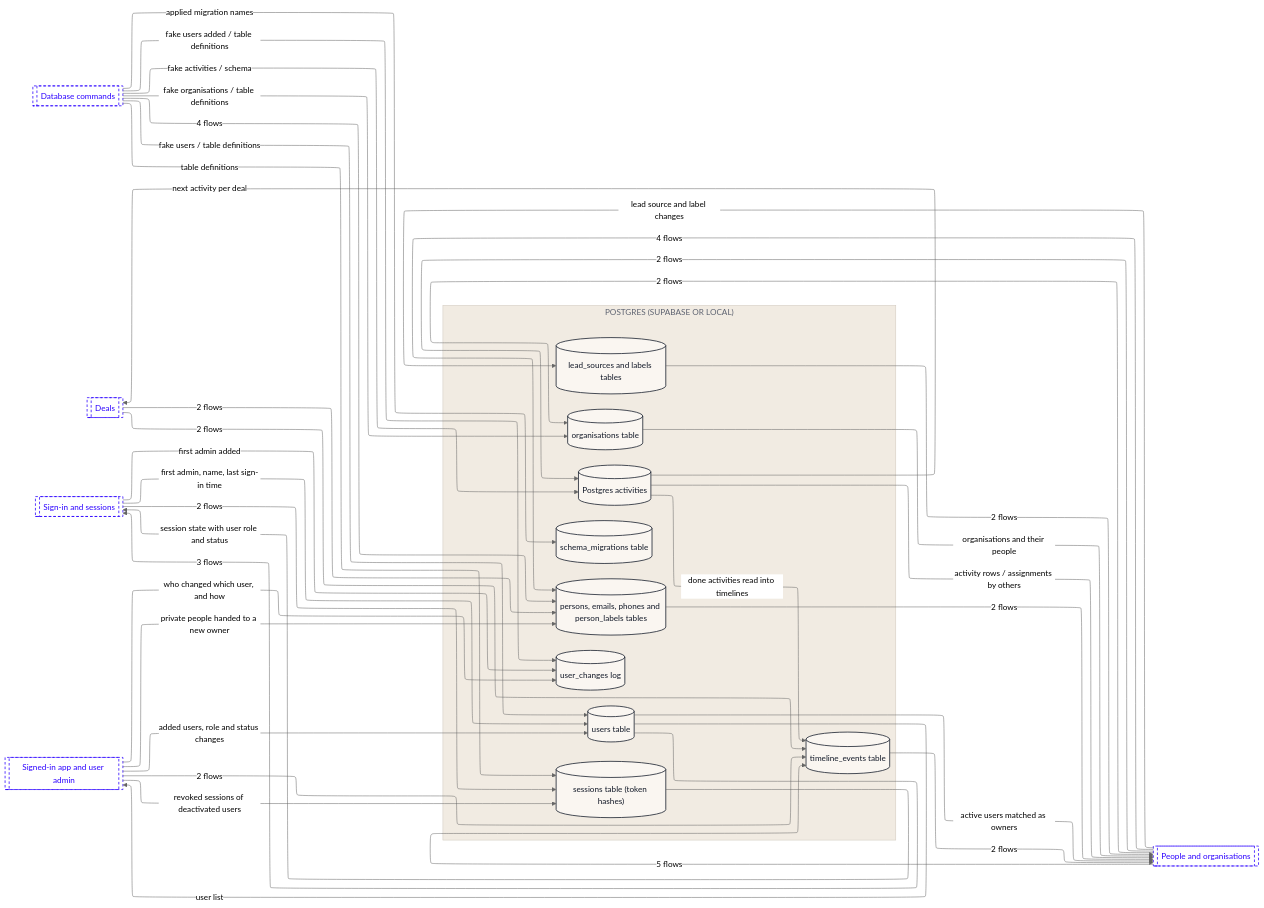
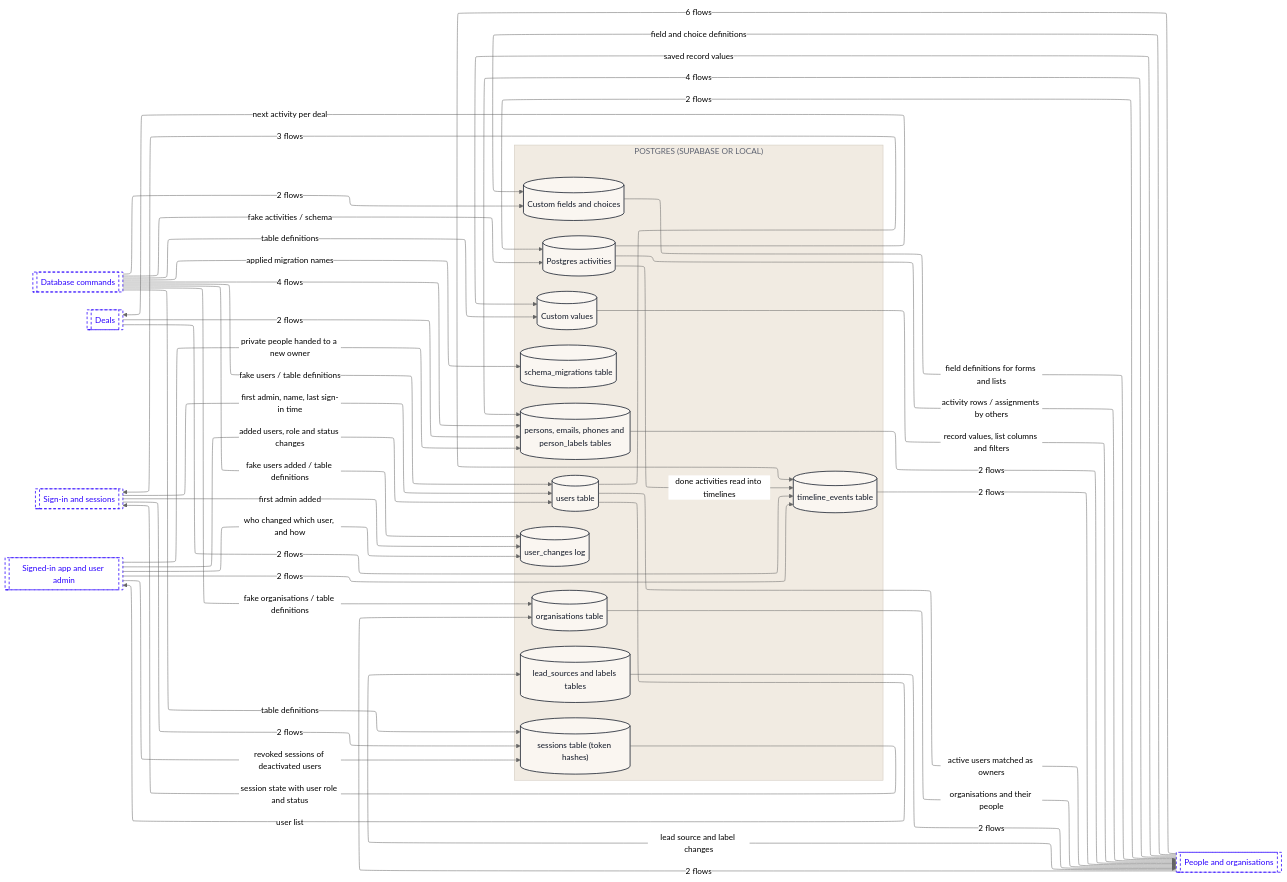
One commit to Romain-Perche/Barnacle-Pipe changed the third of 10 diagrams in dataflow/DATAFLOW.md. Above: the diagram before and after it, drawn with Mermaid (neutral theme). The commit also changed other lines of this file and 12 other files, not shown here.

````diff
--- a/dataflow/DATAFLOW.md
+++ b/dataflow/DATAFLOW.md
@@ -147,65 +148,73 @@
 ```mermaid
 ---
 config:
   layout: elk
 ---
 flowchart LR
     subgraph z1["POSTGRES (SUPABASE OR LOCAL)"]
         n1[("Postgres activities")]
         n2[("lead_sources and labels tables")]
-        n3[("organisations table")]
-        n4[("persons, emails, phones and person_labels tables")]
-        n5[("schema_migrations table")]
-        n6[("sessions table (token hashes)")]
-        n7[("timeline_events table")]
-        n8[("user_changes log")]
-        n9[("users table")]
+        n3[("Custom fields and choices")]
+        n4[("Custom values")]
+        n5[("organisations table")]
+        n6[("persons, emails, phones and person_labels tables")]
+        n7[("schema_migrations table")]
+        n8[("sessions table (token hashes)")]
+        n9[("timeline_events table")]
+        n10[("user_changes log")]
+        n11[("users table")]
     end
-    n10[["Database commands"]]
-    n11[["Deals"]]
-    n12[["People and organisations"]]
-    n13[["Sign-in and sessions"]]
-    n14[["Signed-in app and user admin"]]
-    n12 -->|"2 flows"| n1
-    n12 -->|"4 flows"| n4
-    n1 -->|"activity rows / assignments by others"| n12
-    n1 -->|"next activity per deal"| n11
-    n1 -->|"done activities read into timelines"| n7
-    n12 -->|"lead source and label changes"| n2
-    n2 -->|"2 flows"| n12
+    n12[["Database commands"]]
+    n13[["Deals"]]
+    n14[["People and organisations"]]
+    n15[["Sign-in and sessions"]]
+    n16[["Signed-in app and user admin"]]
+    n14 -->|"2 flows"| n1
+    n14 -->|"4 flows"| n6
+    n1 -->|"activity rows / assignments by others"| n14
+    n1 -->|"next activity per deal"| n13
+    n1 -->|"done activities read into timelines"| n9
+    n14 -->|"lead source and label changes"| n2
+    n2 -->|"2 flows"| n14
+    n15 -->|"2 flows"| n8
+    n15 -->|"first admin added"| n10
+    n15 -->|"first admin, name, last sign-in time"| n11
+    n14 -->|"2 flows"| n5
+    n14 -->|"6 flows"| n9
+    n14 -->|"field and choice definitions"| n3
+    n14 -->|"saved record values"| n4
+    n3 -->|"field definitions for forms and lists"| n14
+    n4 -->|"record values, list columns and filters"| n14
     n13 -->|"2 flows"| n6
-    n13 -->|"first admin added"| n8
-    n13 -->|"first admin, name, last sign-in time"| n9
+    n13 -->|"2 flows"| n9
+    n12 -->|"fake activities / schema"| n1
     n12 -->|"2 flows"| n3
-    n12 -->|"5 flows"| n7
-    n11 -->|"2 flows"| n4
-    n11 -->|"2 flows"| n7
-    n10 -->|"fake activities / schema"| n1
-    n10 -->|"fake organisations / table definitions"| n3
-    n10 -->|"4 flows"| n4
-    n10 -->|"applied migration names"| n5
-    n10 -->|"table definitions"| n6
-    n10 -->|"fake users added / table definitions"| n8
-    n10 -->|"fake users / table definitions"| n9
-    n3 -->|"organisations and their people"| n12
-    n4 -->|"2 flows"| n12
-    n6 -->|"session state with user role and status"| n13
-    n7 -->|"2 flows"| n12
-    n14 -->|"private people handed to a new owner"| n4
-    n14 -->|"revoked sessions of deactivated users"| n6
-    n14 -->|"2 flows"| n7
-    n14 -->|"who changed which user, and how"| n8
-    n14 -->|"added users, role and status changes"| n9
-    n9 -->|"3 flows"| n13
-    n9 -->|"active users matched as owners"| n12
-    n9 -->|"user list"| n14
+    n12 -->|"table definitions"| n4
+    n12 -->|"fake organisations / table definitions"| n5
+    n12 -->|"4 flows"| n6
+    n12 -->|"applied migration names"| n7
+    n12 -->|"table definitions"| n8
+    n12 -->|"fake users added / table definitions"| n10
+    n12 -->|"fake users / table definitions"| n11
+    n5 -->|"organisations and their people"| n14
+    n6 -->|"2 flows"| n14
+    n8 -->|"session state with user role and status"| n15
+    n9 -->|"2 flows"| n14
+    n16 -->|"private people handed to a new owner"| n6
+    n16 -->|"revoked sessions of deactivated users"| n8
+    n16 -->|"2 flows"| n9
+    n16 -->|"who changed which user, and how"| n10
+    n16 -->|"added users, role and status changes"| n11
+    n11 -->|"3 flows"| n15
+    n11 -->|"active users matched as owners"| n14
+    n11 -->|"user list"| n16
     classDef actor fill:#FFFFFF,stroke:#111827,stroke-width:1px,color:#111827
     classDef process fill:#EDEAFF,stroke:#2B00FF,stroke-width:1.5px,color:#111827
     classDef store fill:#FAF6F1,stroke:#111827,stroke-width:1.5px,color:#111827
     classDef zone fill:#1A1A1A,stroke:#1A1A1A,color:#FFFFFF
     classDef group fill:#2B00FF,stroke:#2B00FF,color:#FFFFFF
     classDef stub fill:#FFFFFF,stroke:#2B00FF,stroke-width:1.5px,stroke-dasharray:5 4,color:#2B00FF
-    class n1,n2,n3,n4,n5,n6,n7,n8,n9 store
-    class n10,n11,n12,n13,n14 stub
+    class n1,n2,n3,n4,n5,n6,n7,n8,n9,n10,n11 store
+    class n12,n13,n14,n15,n16 stub
     style z1 fill:#F1EBE2,stroke:#CFC7BB,color:#5D6270
 ```
````
